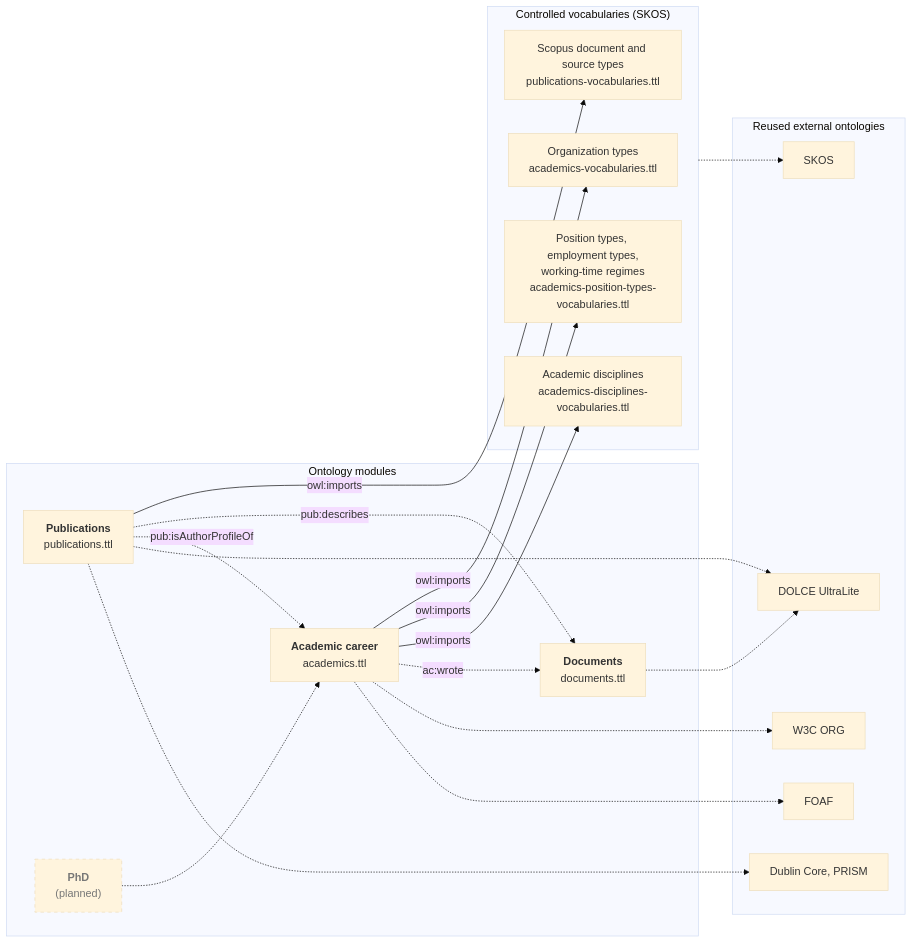
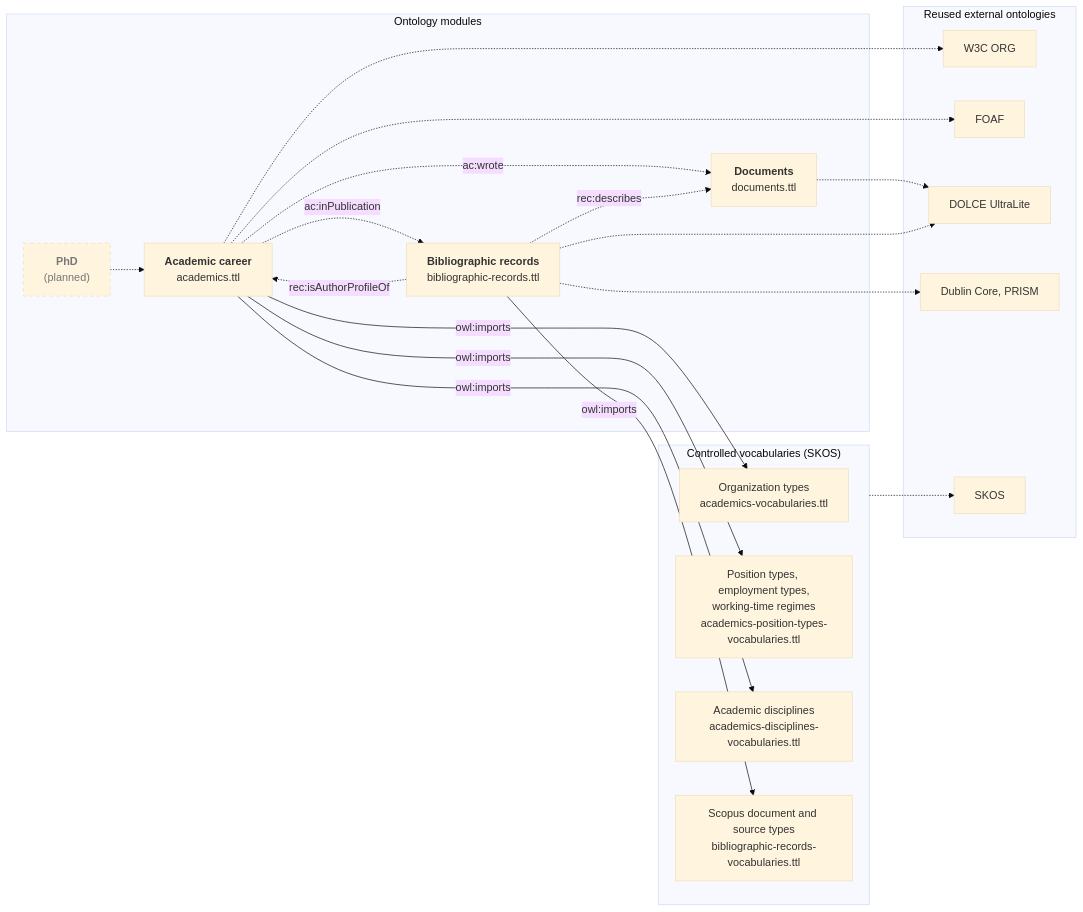
The diagram in risis/README.md (fossr-project/ontology), drawn with Mermaid (base theme) before and after one commit. The commit also changed other lines of this file and 13 other files, not shown here.

Commit message:
remove Issuer and rename publications module to bibliographic-records

````diff
--- a/risis/README.md
+++ b/risis/README.md
@@ -32,38 +33,39 @@
 ```mermaid
 flowchart LR
   subgraph MOD["Ontology modules"]
     AC["<b>Academic career</b><br/>academics.ttl"]
-    PUB["<b>Publications</b><br/>publications.ttl"]
+    PUB["<b>Bibliographic records</b><br/>bibliographic-records.ttl"]
     DOC["<b>Documents</b><br/>documents.ttl"]
     PHD["<b>PhD</b><br/>(planned)"]
   end
   subgraph VOC["Controlled vocabularies (SKOS)"]
     VORG["Organization types<br/>academics-vocabularies.ttl"]
     VPOS["Position types, employment types,<br/>working-time regimes<br/>academics-position-types-vocabularies.ttl"]
     VDIS["Academic disciplines<br/>academics-disciplines-vocabularies.ttl"]
-    VPUB["Scopus document and source types<br/>publications-vocabularies.ttl"]
+    VPUB["Scopus document and source types<br/>bibliographic-records-vocabularies.ttl"]
   end
   subgraph EXT["Reused external ontologies"]
     ORG["W3C ORG"]
     FOAF["FOAF"]
     DUL["DOLCE UltraLite"]
     MD["Dublin Core, PRISM"]
     SKOS["SKOS"]
   end
   AC -- "owl:imports" --> VORG
   AC -- "owl:imports" --> VPOS
   AC -- "owl:imports" --> VDIS
   PUB -- "owl:imports" --> VPUB
   AC -. "ac:wrote" .-> DOC
-  PUB -. "pub:describes" .-> DOC
-  PUB -. "pub:isAuthorProfileOf" .-> AC
+  AC -. "ac:inPublication" .-> PUB
+  PUB -. "rec:describes" .-> DOC
+  PUB -. "rec:isAuthorProfileOf" .-> AC
   PHD -.-> AC
   AC -.-> ORG
   AC -.-> FOAF
   DOC -.-> DUL
   PUB -.-> DUL
   PUB -.-> MD
   VOC -.-> SKOS
   classDef planned stroke-dasharray: 5 5,color:#777;
   class PHD planned;
 ```
````
